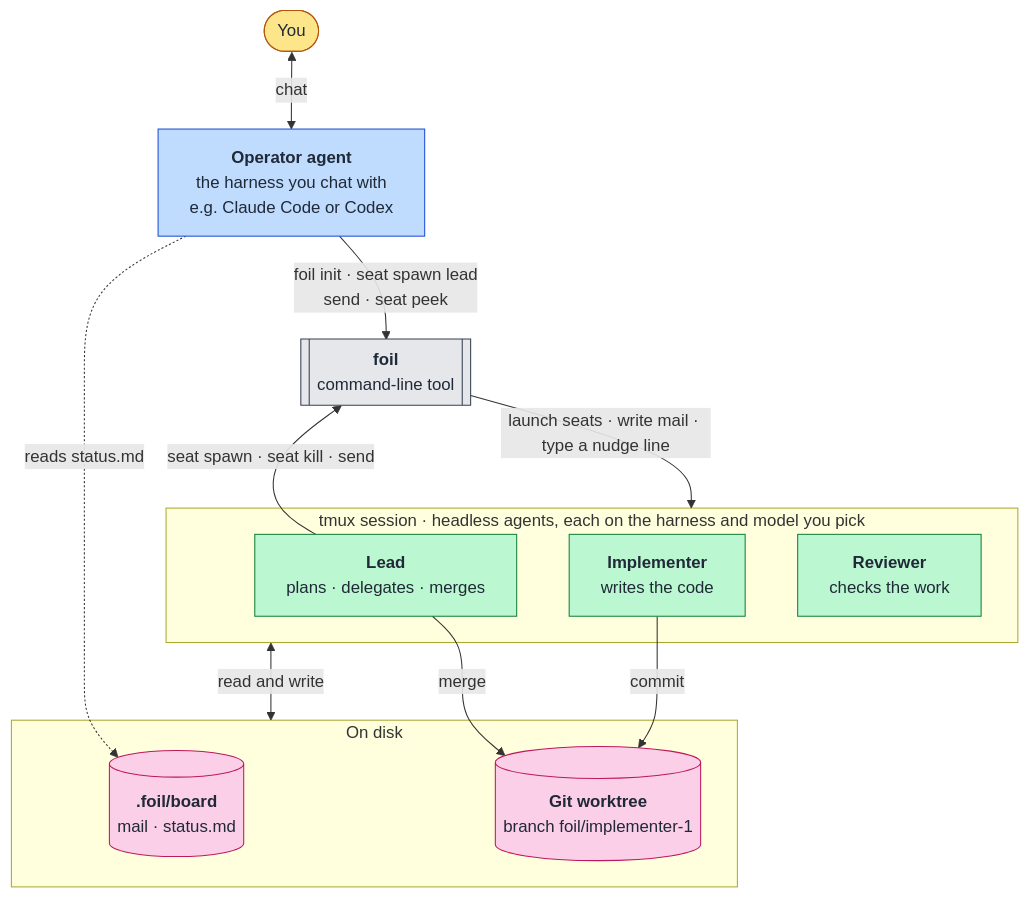
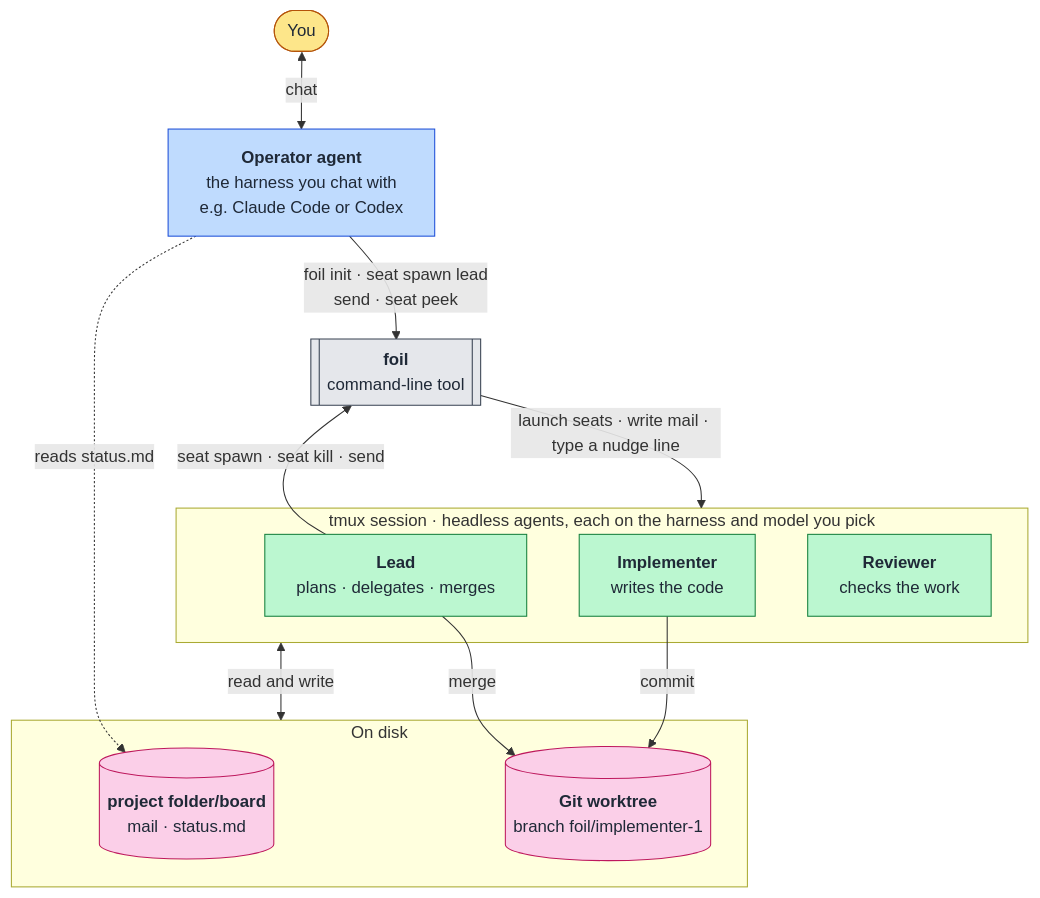
The diagram in README.md (TiantianFlow/foil), drawn with Mermaid before and after one commit. The commit also changed other lines of this file and 12 other files, not shown here.

````diff
--- a/README.md
+++ b/README.md
@@ -36,37 +36,37 @@
 ```mermaid
 flowchart TB
   you(["You"])
   operator["<b>Operator agent</b><br/>the harness you chat with<br/>e.g. Claude Code or Codex"]
   foil[["<b>foil</b><br/>command-line tool"]]
 
   subgraph fleet["tmux session · headless agents, each on the harness and model you pick"]
     lead["<b>Lead</b><br/>plans · delegates · merges"]
     impl["<b>Implementer</b><br/>writes the code"]
     rev["<b>Reviewer</b><br/>checks the work"]
   end
 
   subgraph disk["On disk"]
-    board[("<b>.foil/board</b><br/>mail · status.md")]
+    board[("<b>project folder/board</b><br/>mail · status.md")]
     tree[("<b>Git worktree</b><br/>branch foil/implementer-1")]
   end
 
   you <-->|chat| operator
   operator -->|"foil init · seat spawn lead<br/>send · seat peek"| foil
   lead -->|"seat spawn · seat kill · send"| foil
   foil -->|"launch seats · write mail · type a nudge line"| fleet
   fleet <-->|read and write| disk
   impl -->|commit| tree
   lead -->|merge| tree
   operator -.->|reads status.md| board
 
   classDef human fill:#fde68a,stroke:#b45309,color:#1f2937
   classDef yours fill:#bfdbfe,stroke:#1d4ed8,color:#1f2937
   classDef tool fill:#e5e7eb,stroke:#374151,color:#1f2937
   classDef seat fill:#bbf7d0,stroke:#15803d,color:#1f2937
   classDef data fill:#fbcfe8,stroke:#be185d,color:#1f2937
   class you human
   class operator yours
   class foil tool
   class lead,impl,rev seat
   class board,tree data
 ```
````
